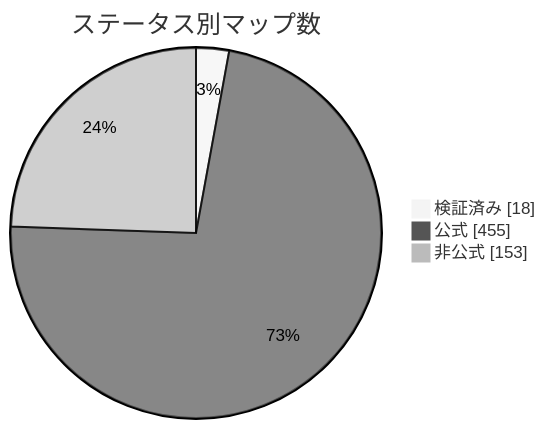
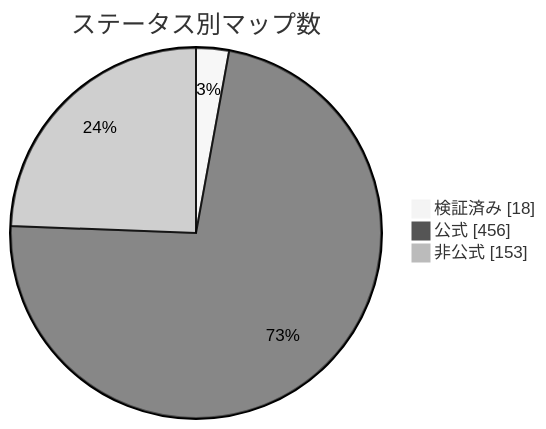
One commit to nobrega8/mbmap-library changed the diagram in docs/readme/README_JP.md. Above: the diagram before and after it, drawn with Mermaid (neutral theme). The commit also changed 6 other files, not shown here.

````diff
--- a/docs/readme/README_JP.md
+++ b/docs/readme/README_JP.md
@@ -54,7 +54,7 @@
 ```mermaid
 pie showData
     title ステータス別マップ数
     "検証済み" : 18
-    "公式" : 455
+    "公式" : 456
     "非公式" : 153
 ```
````
